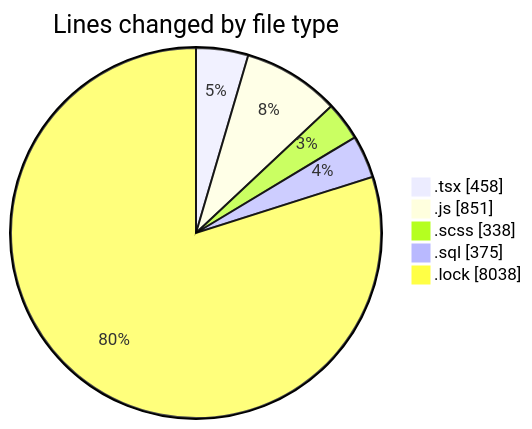
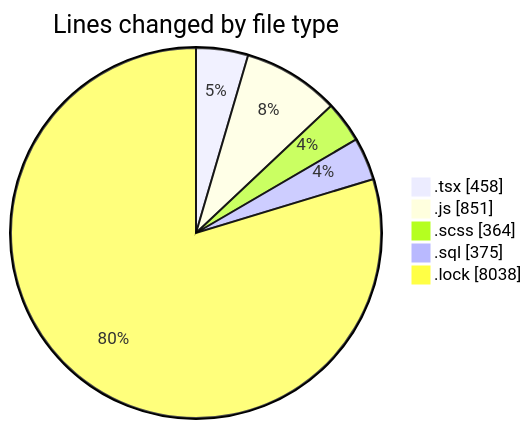
The first of 2 diagrams in 2025-03-18/cda/README.md (momahboobian/code-tracking), drawn with Mermaid before and after one commit. The commit also changed other lines of this file and 1 other file, not shown here.

````diff
--- a/2025-03-18/cda/README.md
+++ b/2025-03-18/cda/README.md
@@ -30,9 +30,9 @@
 ```mermaid
 pie showData
 title Lines changed by file type
 ".tsx" : 458
 ".js" : 851
-".scss" : 338
+".scss" : 364
 ".sql" : 375
 ".lock" : 8038
 ```
````
